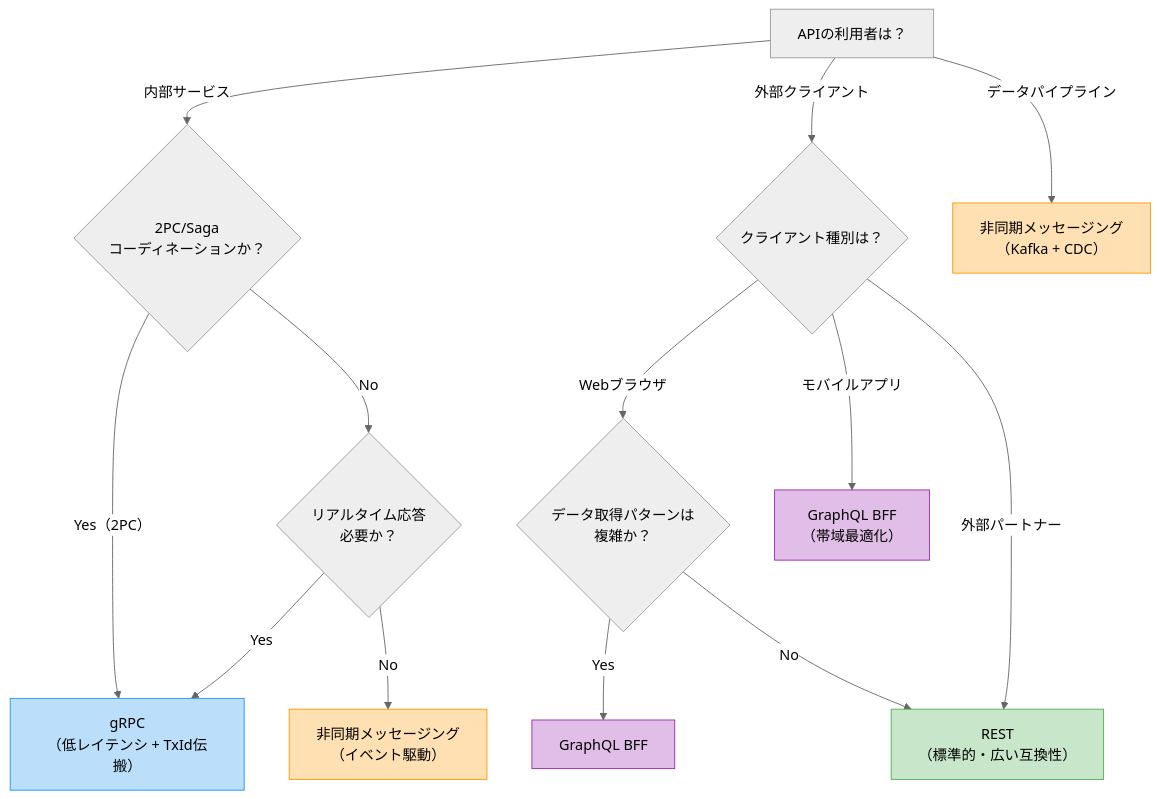
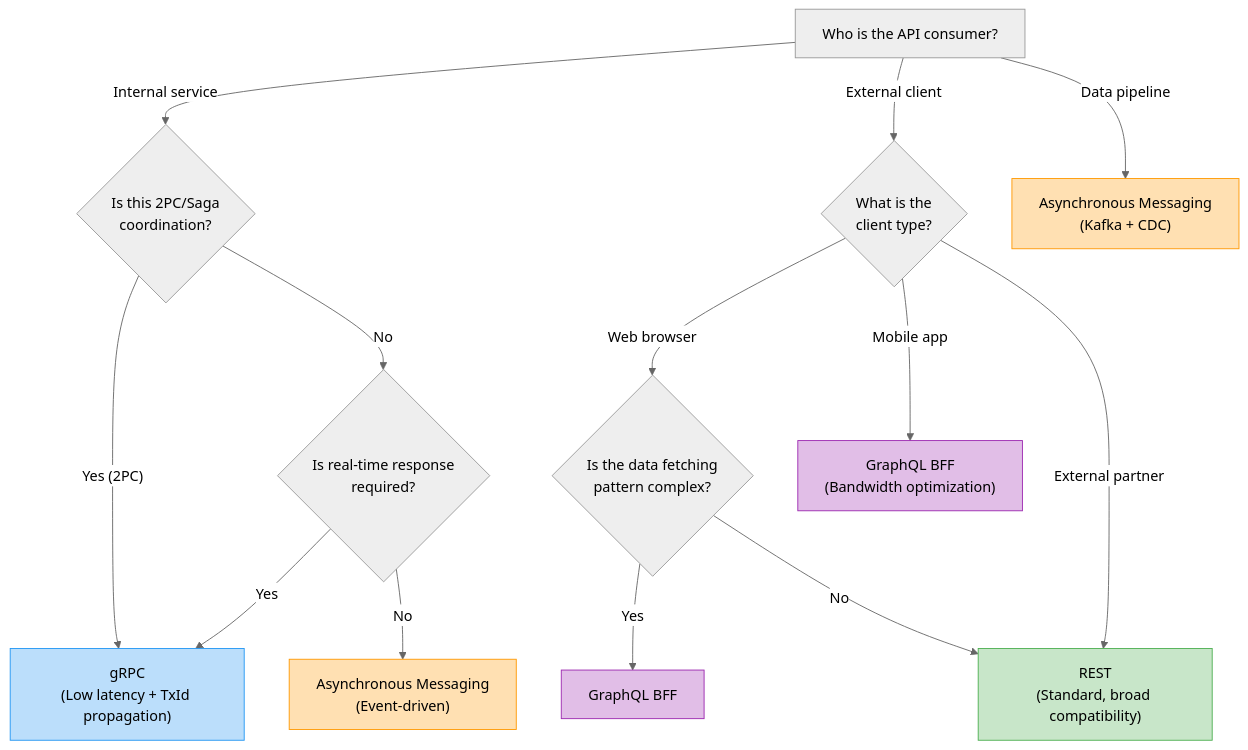
Before and after one commit to wfukatsu/nexus-architect: the first of 6 diagrams in workflow/greenfield/06_api_interface_design.md, drawn with Mermaid (neutral theme). The commit also changed other lines of this file and 6 other files, not shown here.

````diff
--- a/workflow/greenfield/06_api_interface_design.md
+++ b/workflow/greenfield/06_api_interface_design.md
@@ -44,25 +44,25 @@
 ```mermaid
 flowchart TD
-    A["APIの利用者は？"] -->|"内部サービス"| B{"2PC/Saga\nコーディネーションか？"}
-    A -->|"外部クライアント"| C{"クライアント種別は？"}
-    A -->|"データパイプライン"| D["非同期メッセージング\n（Kafka + CDC）"]
+    A["Who is the API consumer?"] -->|"Internal service"| B{"Is this 2PC/Saga\ncoordination?"}
+    A -->|"External client"| C{"What is the\nclient type?"}
+    A -->|"Data pipeline"| D["Asynchronous Messaging\n(Kafka + CDC)"]
 
-    B -->|"Yes（2PC）"| E["gRPC\n（低レイテンシ + TxId伝搬）"]
-    B -->|"No"| F{"リアルタイム応答\n必要か？"}
+    B -->|"Yes (2PC)"| E["gRPC\n(Low latency + TxId propagation)"]
+    B -->|"No"| F{"Is real-time response\nrequired?"}
     F -->|"Yes"| E
-    F -->|"No"| G["非同期メッセージング\n（イベント駆動）"]
+    F -->|"No"| G["Asynchronous Messaging\n(Event-driven)"]
 
-    C -->|"Webブラウザ"| H{"データ取得パターンは\n複雑か？"}
-    C -->|"モバイルアプリ"| I["GraphQL BFF\n（帯域最適化）"]
-    C -->|"外部パートナー"| J["REST\n（標準的・広い互換性）"]
+    C -->|"Web browser"| H{"Is the data fetching\npattern complex?"}
+    C -->|"Mobile app"| I["GraphQL BFF\n(Bandwidth optimization)"]
+    C -->|"External partner"| J["REST\n(Standard, broad compatibility)"]
 
     H -->|"Yes"| K["GraphQL BFF"]
     H -->|"No"| J
 
     style E fill:#bbdefb,stroke:#2196f3
     style J fill:#c8e6c9,stroke:#4caf50
     style K fill:#e1bee7,stroke:#9c27b0
     style D fill:#ffe0b2,stroke:#ff9800
     style G fill:#ffe0b2,stroke:#ff9800
     style I fill:#e1bee7,stroke:#9c27b0
 ```
````
